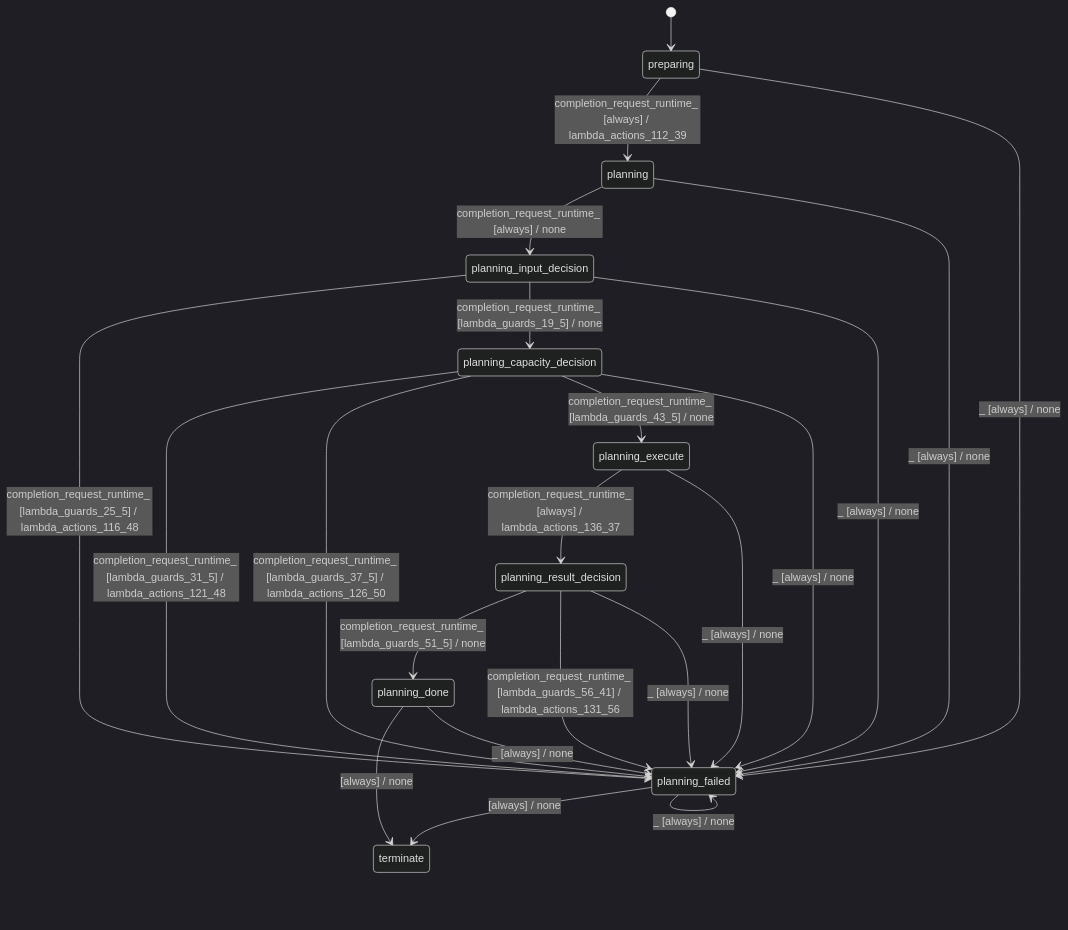
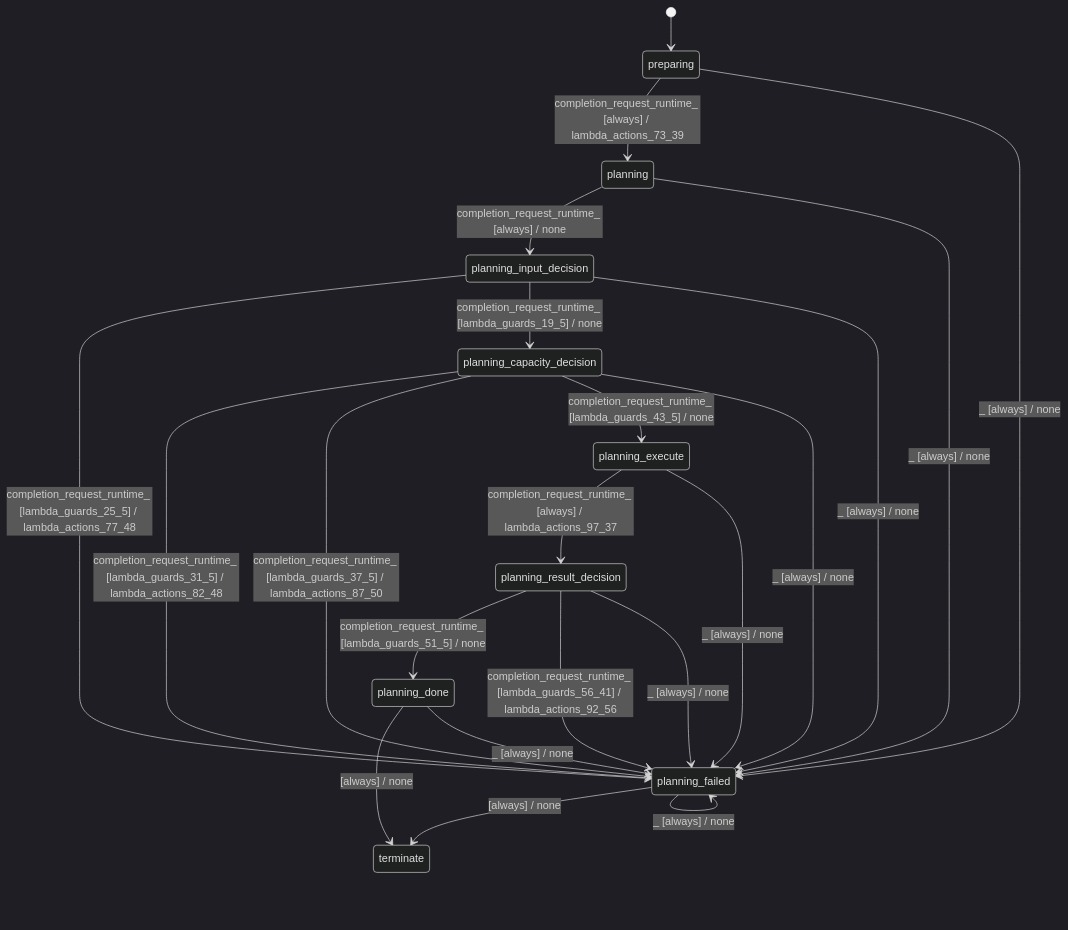
Before and after one commit to stateforward/emel.cpp: the diagram in docs/architecture/batch_planner_modes_sequential.md, drawn with Mermaid (dark theme). The commit also changed other lines of this file and 40 other files, not shown here.

````diff
--- a/docs/architecture/batch_planner_modes_sequential.md
+++ b/docs/architecture/batch_planner_modes_sequential.md
@@ -7,25 +7,25 @@
 ```mermaid
 stateDiagram-v2
   direction TB
   [*] --> preparing
-  preparing --> planning : completion_request_runtime_ [always] / lambda_actions_112_39
+  preparing --> planning : completion_request_runtime_ [always] / lambda_actions_73_39
   planning --> planning_input_decision : completion_request_runtime_ [always] / none
-  planning_input_decision --> planning_failed : completion_request_runtime_ [lambda_guards_25_5] / lambda_actions_116_48
+  planning_input_decision --> planning_failed : completion_request_runtime_ [lambda_guards_25_5] / lambda_actions_77_48
   planning_input_decision --> planning_capacity_decision : completion_request_runtime_ [lambda_guards_19_5] / none
-  planning_capacity_decision --> planning_failed : completion_request_runtime_ [lambda_guards_31_5] / lambda_actions_121_48
-  planning_capacity_decision --> planning_failed : completion_request_runtime_ [lambda_guards_37_5] / lambda_actions_126_50
+  planning_capacity_decision --> planning_failed : completion_request_runtime_ [lambda_guards_31_5] / lambda_actions_82_48
+  planning_capacity_decision --> planning_failed : completion_request_runtime_ [lambda_guards_37_5] / lambda_actions_87_50
   planning_capacity_decision --> planning_execute : completion_request_runtime_ [lambda_guards_43_5] / none
-  planning_execute --> planning_result_decision : completion_request_runtime_ [always] / lambda_actions_136_37
+  planning_execute --> planning_result_decision : completion_request_runtime_ [always] / lambda_actions_97_37
   planning_result_decision --> planning_done : completion_request_runtime_ [lambda_guards_51_5] / none
-  planning_result_decision --> planning_failed : completion_request_runtime_ [lambda_guards_56_41] / lambda_actions_131_56
+  planning_result_decision --> planning_failed : completion_request_runtime_ [lambda_guards_56_41] / lambda_actions_92_56
   planning_done --> terminate : [always] / none
   planning_failed --> terminate : [always] / none
   planning_done --> planning_failed : _ [always] / none
   planning_failed --> planning_failed : _ [always] / none
   preparing --> planning_failed : _ [always] / none
   planning --> planning_failed : _ [always] / none
   planning_input_decision --> planning_failed : _ [always] / none
   planning_capacity_decision --> planning_failed : _ [always] / none
   planning_execute --> planning_failed : _ [always] / none
   planning_result_decision --> planning_failed : _ [always] / none
 ```
````
